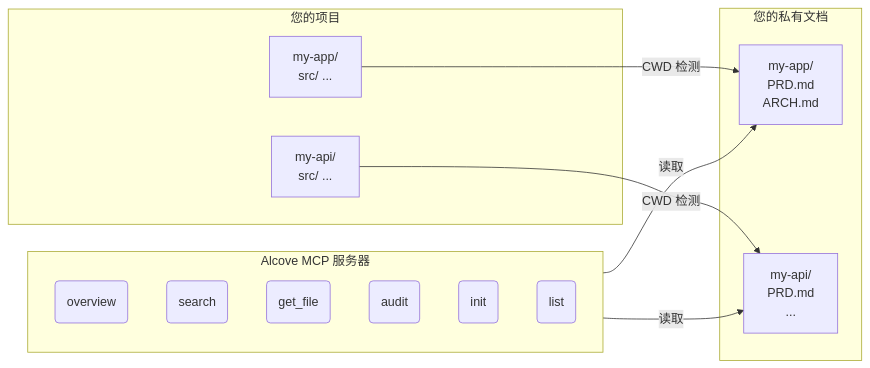
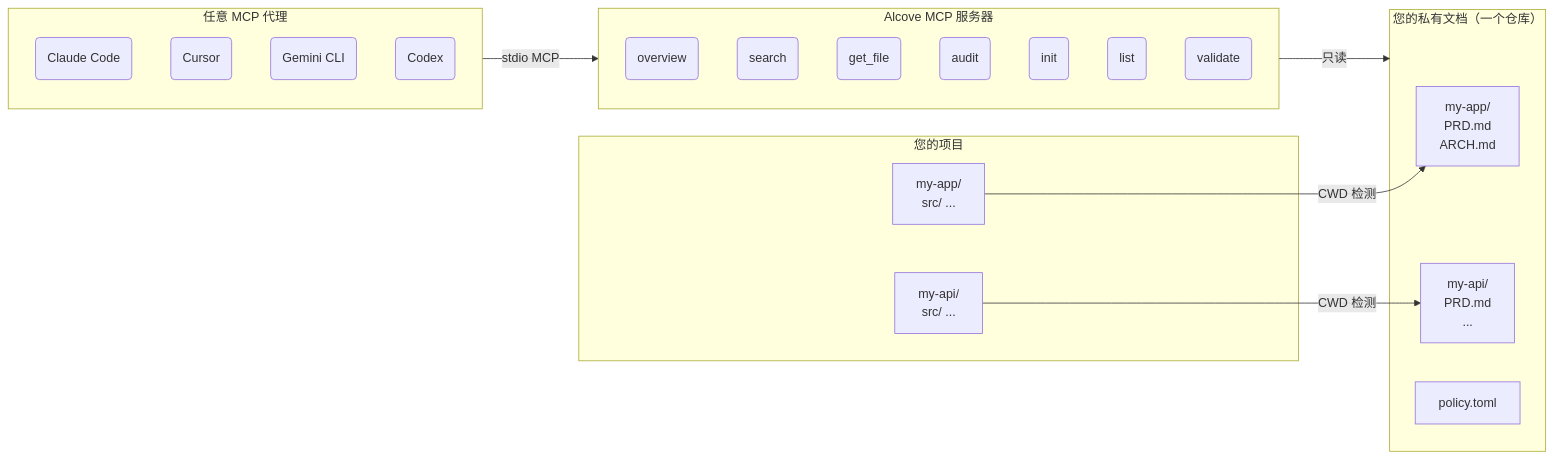
One commit to redxzeta/Icecove changed the diagram in docs/README.zh-CN.md. Above: the diagram before and after it, drawn with Mermaid. The commit also changed other lines of this file and 9 other files, not shown here.

````diff
--- a/docs/README.zh-CN.md
+++ b/docs/README.zh-CN.md
@@ -77,26 +106,35 @@
 ```mermaid
 flowchart LR
     subgraph Projects["您的项目"]
         A1["my-app/\n  src/ ..."]
         A2["my-api/\n  src/ ..."]
     end
 
-    subgraph Docs["您的私有文档"]
+    subgraph Docs["您的私有文档（一个仓库）"]
         D1["my-app/\n  PRD.md\n  ARCH.md"]
         D2["my-api/\n  PRD.md\n  ..."]
+        P1["policy.toml"]
+    end
+
+    subgraph Agents["任意 MCP 代理"]
+        AG1(Claude Code)
+        AG2(Cursor)
+        AG3(Gemini CLI)
+        AG4(Codex)
     end
 
     subgraph MCP["Alcove MCP 服务器"]
         T1(overview)
         T2(search)
         T3(get_file)
         T4(audit)
         T5(init)
         T6(list)
+        T7(validate)
     end
 
     A1 -- "CWD 检测" --> D1
     A2 -- "CWD 检测" --> D2
-    MCP -- "读取" --> D1
-    MCP -- "读取" --> D2
+    Agents -- "stdio MCP" --> MCP
+    MCP -- "只读" --> Docs
 ```
````
